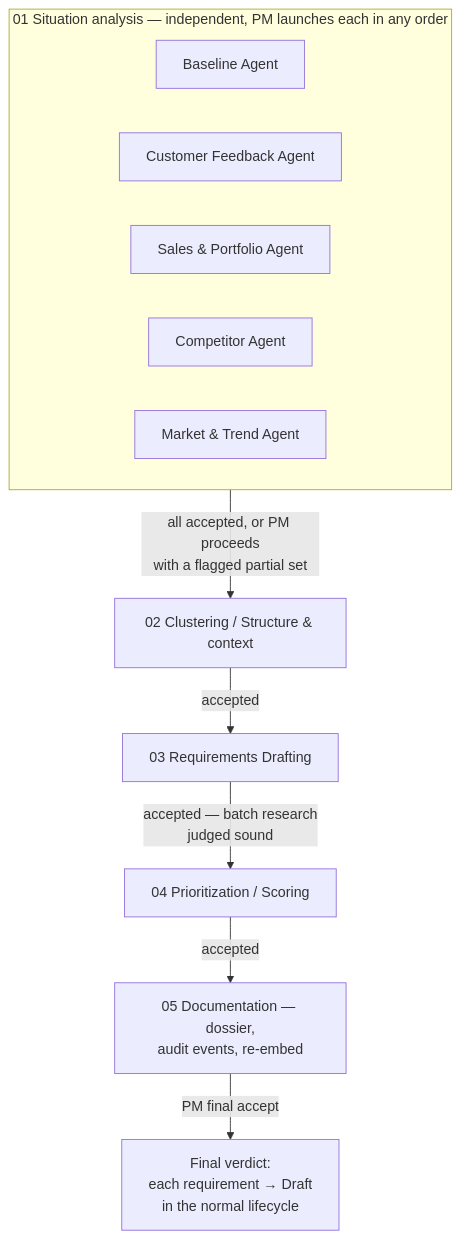
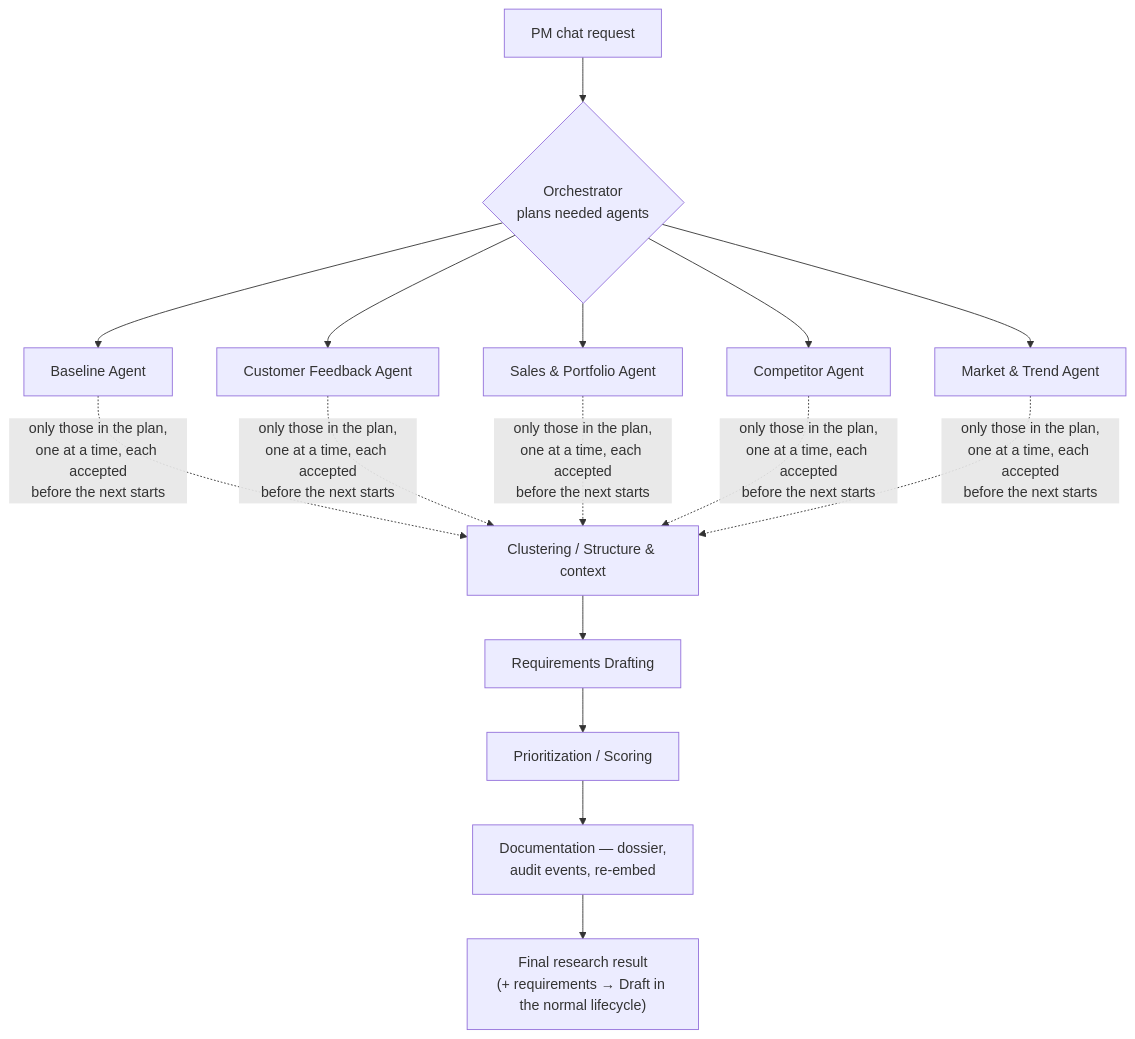
Before and after one commit to gabrielhansmann/attention_is_all_we_have: the second of 2 diagrams in docs/architecture/02-orchestration-and-human-in-the-loop.md, drawn with Mermaid. The commit also changed other lines of this file and 25 other files, not shown here.

First line of the commit message:
Add Supabase schema, PDF/Excel ingestion, chat-driven orchestration docs

````diff
--- a/docs/architecture/02-orchestration-and-human-in-the-loop.md
+++ b/docs/architecture/02-orchestration-and-human-in-the-loop.md
@@ -75,16 +95,14 @@
 ```mermaid
 flowchart TD
-    subgraph SA["01 Situation analysis — independent, PM launches each in any order"]
-        direction LR
-        A1[Baseline Agent]
-        A2[Customer Feedback Agent]
-        A3[Sales & Portfolio Agent]
-        A4[Competitor Agent]
-        A5[Market & Trend Agent]
-    end
-    SA -->|all accepted, or PM proceeds<br/>with a flagged partial set| SC[02 Clustering / Structure & context]
-    SC -->|accepted| RD[03 Requirements Drafting]
-    RD -->|accepted — batch research<br/>judged sound| PR[04 Prioritization / Scoring]
-    PR -->|accepted| DOC[05 Documentation — dossier,<br/>audit events, re-embed]
-    DOC -->|PM final accept| FV["Final verdict:<br/>each requirement → Draft<br/>in the normal lifecycle"]
+    Q["PM chat request"] --> ORCH{"Orchestrator<br/>plans needed agents"}
+    ORCH --> A1[Baseline Agent]
+    ORCH --> A2[Customer Feedback Agent]
+    ORCH --> A3[Sales & Portfolio Agent]
+    ORCH --> A4[Competitor Agent]
+    ORCH --> A5[Market & Trend Agent]
+    A1 & A2 & A3 & A4 & A5 -.->|only those in the plan,<br/>one at a time, each accepted<br/>before the next starts| SC[Clustering / Structure & context]
+    SC --> RD[Requirements Drafting]
+    RD --> PR[Prioritization / Scoring]
+    PR --> DOC[Documentation — dossier,<br/>audit events, re-embed]
+    DOC --> FV["Final research result<br/>(+ requirements → Draft in the normal lifecycle)"]
 ```
````
